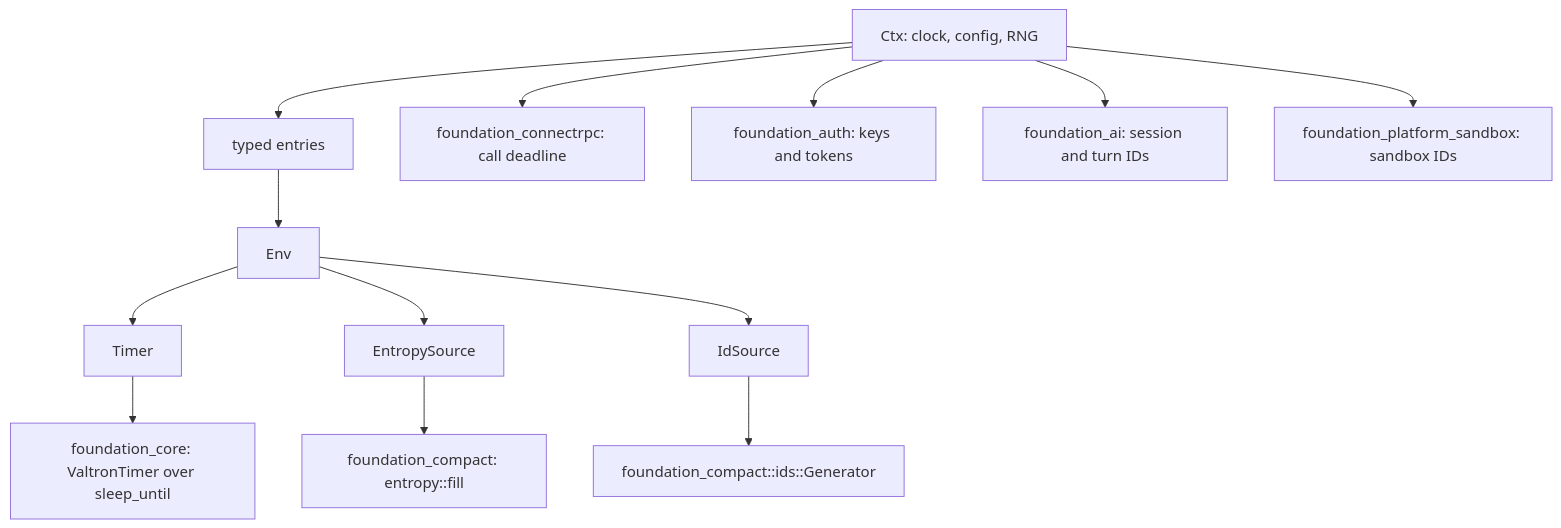
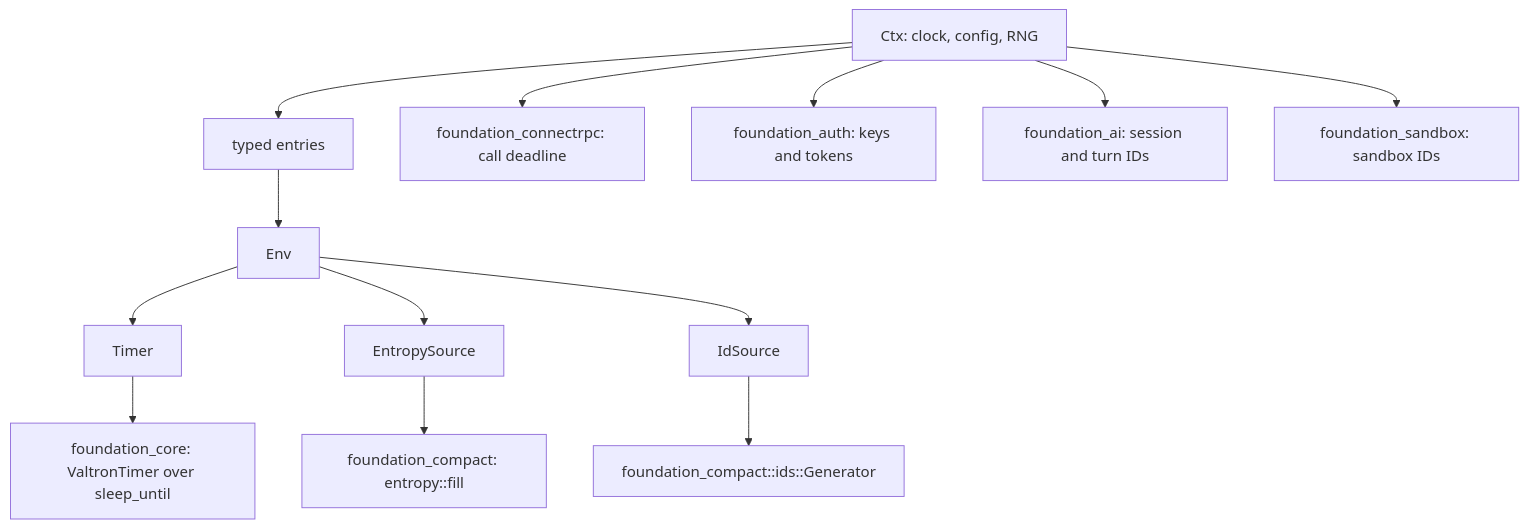
The diagram in specifications/completed/84-context-injection/requirements.md (ewe-studios/ewe_platform), drawn with Mermaid before and after one commit. The commit also changed other lines of this file and 67 other files, not shown here.

First line of the commit message:
refactor(sandbox): rename to foundation_sandbox; move the binaries and facades in

````diff
--- a/specifications/completed/84-context-injection/requirements.md
+++ b/specifications/completed/84-context-injection/requirements.md
@@ -152,15 +152,15 @@
 ```mermaid
 graph TD
     CTX[Ctx: clock, config, RNG] --> MAP[typed entries]
     MAP --> ENV[Env]
     ENV --> TMR[Timer]
     ENV --> ENT[EntropySource]
     ENV --> IDS[IdSource]
     TMR --> CORE[foundation_core: ValtronTimer over sleep_until]
     ENT --> COMPACT[foundation_compact: entropy::fill]
     IDS --> GEN[foundation_compact::ids::Generator]
     CTX --> CONN[foundation_connectrpc: call deadline]
     CTX --> AUTH[foundation_auth: keys and tokens]
     CTX --> AI[foundation_ai: session and turn IDs]
-    CTX --> SBX[foundation_platform_sandbox: sandbox IDs]
+    CTX --> SBX[foundation_sandbox: sandbox IDs]
 ```
````
